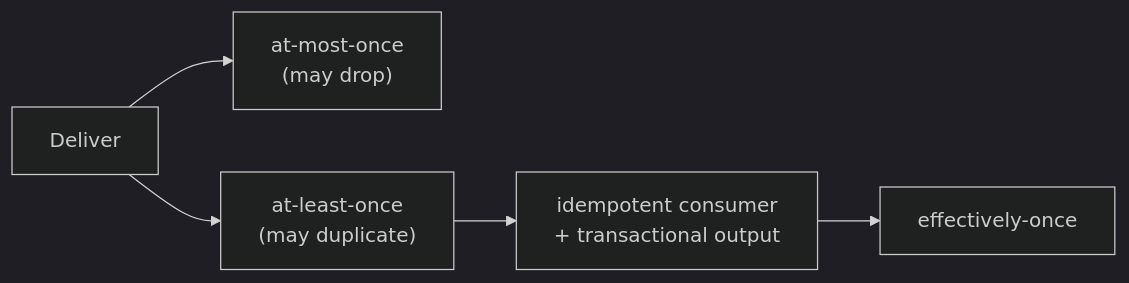
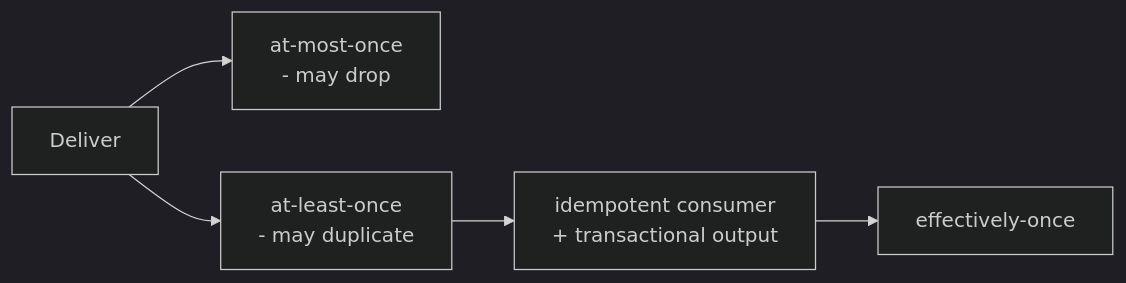
Before and after one commit to RIT-MESH/system-design-mastery: the diagram in docs/04-distributed-systems/05-delivery-semantics.md, drawn with Mermaid (dark theme). The commit also changed 139 other files, not shown here.

First line of the commit message:
Fix Mermaid parse errors: replace parentheses in node labels across 140 files

````diff
--- a/docs/04-distributed-systems/05-delivery-semantics.md
+++ b/docs/04-distributed-systems/05-delivery-semantics.md
@@ -21,8 +21,8 @@
 ```mermaid
 %% created-for: system-design-mastery
 flowchart LR
-  D["Deliver"] --> A1["at-most-once<br/>(may drop)"]
-  D --> A2["at-least-once<br/>(may duplicate)"]
+  D["Deliver"] --> A1["at-most-once<br/> - may drop"]
+  D --> A2["at-least-once<br/> - may duplicate"]
   A2 --> I["idempotent consumer<br/>+ transactional output"]
   I --> E["effectively-once"]
 ```
````
